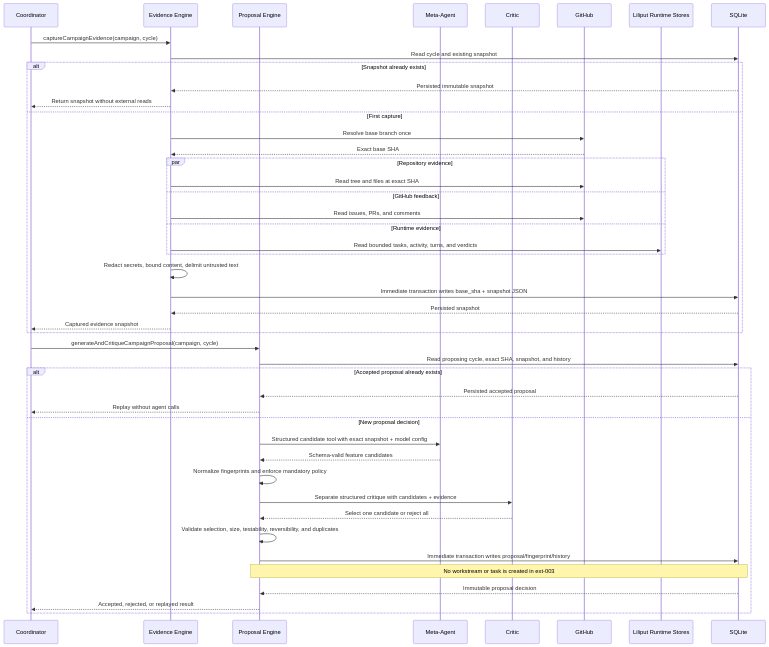
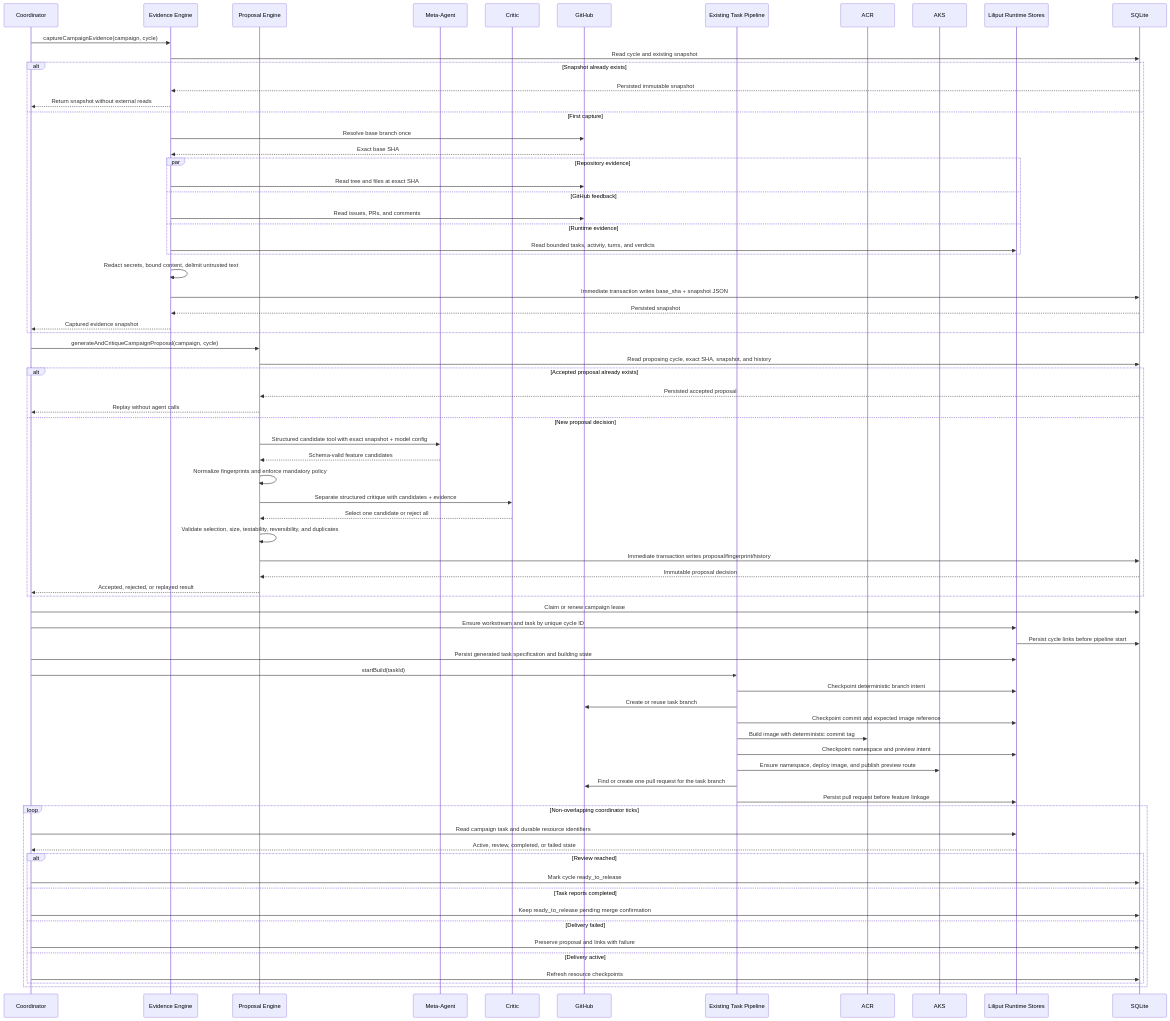
Before and after one commit to crgarcia12/Liliput: the diagram in specs/prd.md, drawn with Mermaid. The commit also changed 20 other files, not shown here.

First line of the commit message:
feat: hand autonomous proposals to the delivery pipeline (#104)

````diff
--- a/specs/prd.md
+++ b/specs/prd.md
@@ -143,50 +143,80 @@
 ```mermaid
 sequenceDiagram
     participant Coordinator
     participant Evidence as Evidence Engine
     participant Proposal as Proposal Engine
     participant Generator as Meta-Agent
     participant Critic
     participant GitHub
+    participant Pipeline as Existing Task Pipeline
+    participant ACR
+    participant AKS
     participant Runtime as Liliput Runtime Stores
     participant SQLite
 
     Coordinator->>Evidence: captureCampaignEvidence(campaign, cycle)
     Evidence->>SQLite: Read cycle and existing snapshot
     alt Snapshot already exists
         SQLite-->>Evidence: Persisted immutable snapshot
         Evidence-->>Coordinator: Return snapshot without external reads
     else First capture
         Evidence->>GitHub: Resolve base branch once
         GitHub-->>Evidence: Exact base SHA
         par Repository evidence
             Evidence->>GitHub: Read tree and files at exact SHA
         and GitHub feedback
             Evidence->>GitHub: Read issues, PRs, and comments
         and Runtime evidence
             Evidence->>Runtime: Read bounded tasks, activity, turns, and verdicts
         end
         Evidence->>Evidence: Redact secrets, bound content, delimit untrusted text
         Evidence->>SQLite: Immediate transaction writes base_sha + snapshot JSON
         SQLite-->>Evidence: Persisted snapshot
         Evidence-->>Coordinator: Captured evidence snapshot
     end
 
     Coordinator->>Proposal: generateAndCritiqueCampaignProposal(campaign, cycle)
     Proposal->>SQLite: Read proposing cycle, exact SHA, snapshot, and history
     alt Accepted proposal already exists
         SQLite-->>Proposal: Persisted accepted proposal
         Proposal-->>Coordinator: Replay without agent calls
     else New proposal decision
         Proposal->>Generator: Structured candidate tool with exact snapshot + model config
         Generator-->>Proposal: Schema-valid feature candidates
         Proposal->>Proposal: Normalize fingerprints and enforce mandatory policy
         Proposal->>Critic: Separate structured critique with candidates + evidence
         Critic-->>Proposal: Select one candidate or reject all
         Proposal->>Proposal: Validate selection, size, testability, reversibility, and duplicates
         Proposal->>SQLite: Immediate transaction writes proposal/fingerprint/history
-        Note over Proposal,SQLite: No workstream or task is created in ext-003
         SQLite-->>Proposal: Immutable proposal decision
         Proposal-->>Coordinator: Accepted, rejected, or replayed result
     end
+
+    Coordinator->>SQLite: Claim or renew campaign lease
+    Coordinator->>Runtime: Ensure workstream and task by unique cycle ID
+    Runtime->>SQLite: Persist cycle links before pipeline start
+    Coordinator->>Runtime: Persist generated task specification and building state
+    Coordinator->>Pipeline: startBuild(taskId)
+    Pipeline->>Runtime: Checkpoint deterministic branch intent
+    Pipeline->>GitHub: Create or reuse task branch
+    Pipeline->>Runtime: Checkpoint commit and expected image reference
+    Pipeline->>ACR: Build image with deterministic commit tag
+    Pipeline->>Runtime: Checkpoint namespace and preview intent
+    Pipeline->>AKS: Ensure namespace, deploy image, and publish preview route
+    Pipeline->>GitHub: Find or create one pull request for the task branch
+    Pipeline->>Runtime: Persist pull request before feature linkage
+
+    loop Non-overlapping coordinator ticks
+        Coordinator->>Runtime: Read campaign task and durable resource identifiers
+        Runtime-->>Coordinator: Active, review, completed, or failed state
+        alt Review reached
+            Coordinator->>SQLite: Mark cycle ready_to_release
+        else Task reports completed
+            Coordinator->>SQLite: Keep ready_to_release pending merge confirmation
+        else Delivery failed
+            Coordinator->>SQLite: Preserve proposal and links with failure
+        else Delivery active
+            Coordinator->>SQLite: Refresh resource checkpoints
+        end
+    end
 ```
````
